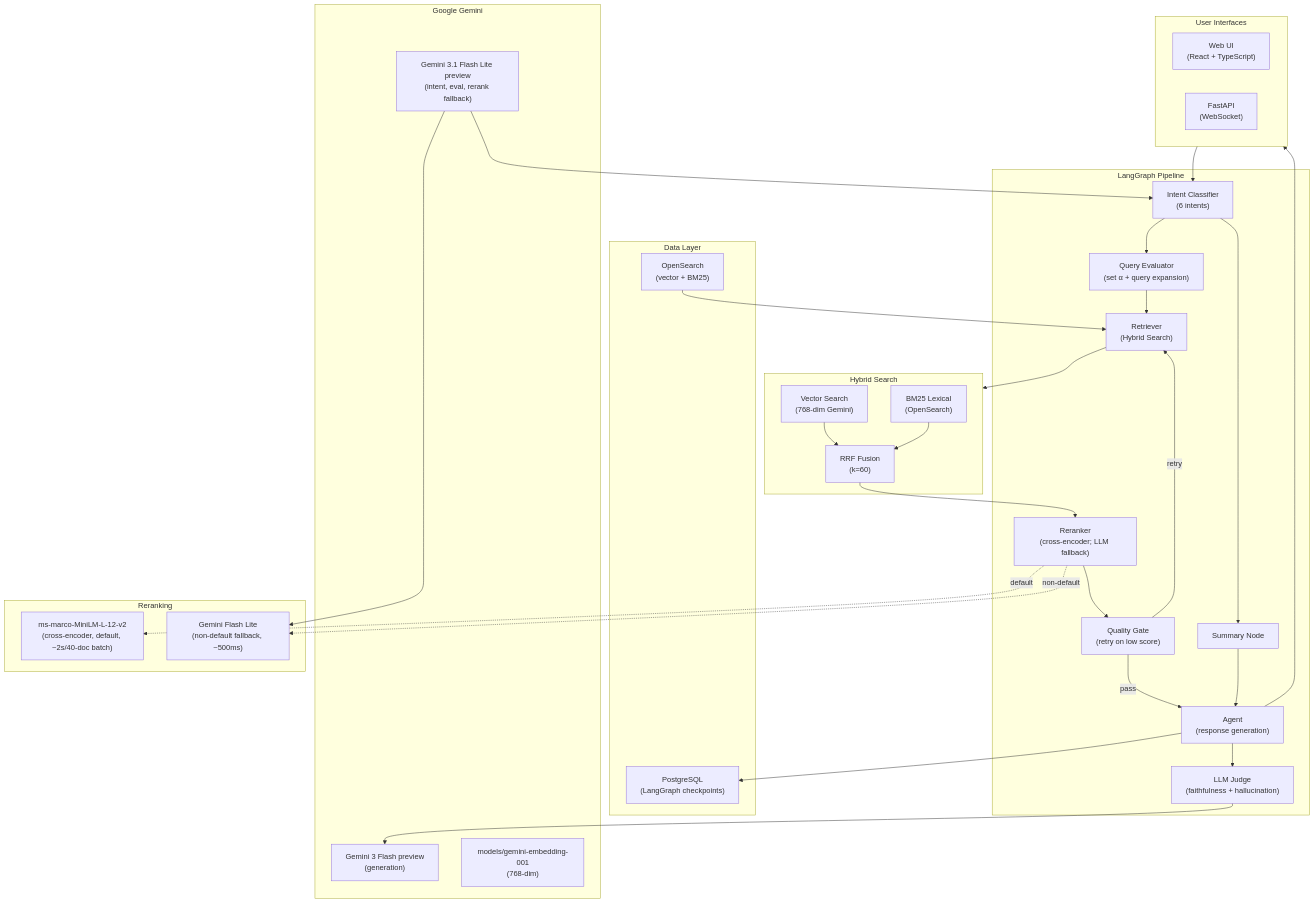
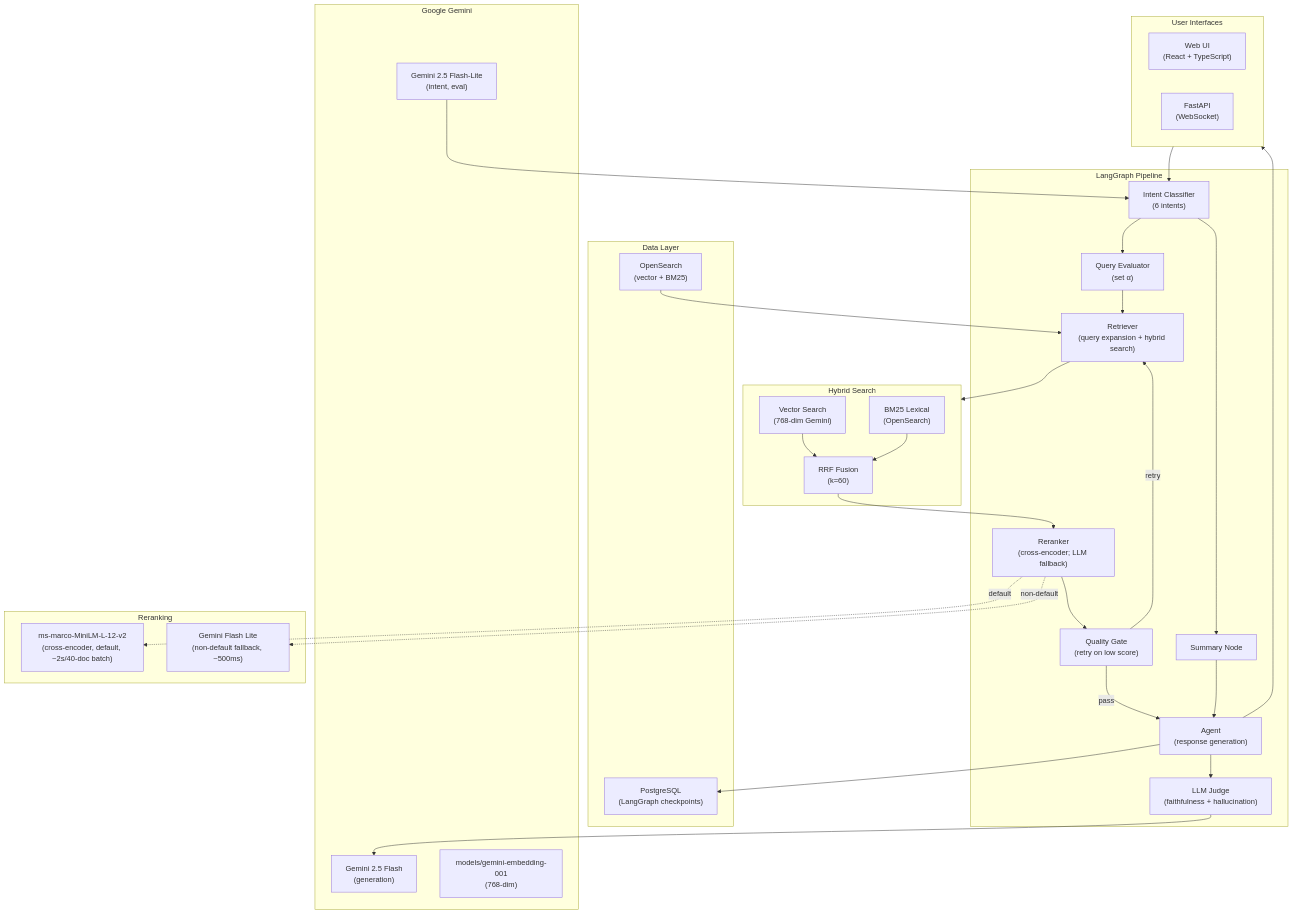
The diagram in README.md (kmwtechnology/opensearch2026-agentic-search), drawn with Mermaid before and after one commit. The commit also changed other lines of this file and 2 other files, not shown here.

````diff
--- a/README.md
+++ b/README.md
@@ -110,62 +112,61 @@
 ```mermaid
 flowchart TB
     subgraph UI["User Interfaces"]
         WEB["Web UI<br/>(React + TypeScript)"]
         API["FastAPI<br/>(WebSocket)"]
     end
 
     subgraph Pipeline["LangGraph Pipeline"]
         IC["Intent Classifier<br/>(6 intents)"]
-        QE["Query Evaluator<br/>(set α + query expansion)"]
-        RET["Retriever<br/>(Hybrid Search)"]
+        QE["Query Evaluator<br/>(set α)"]
+        RET["Retriever<br/>(query expansion + hybrid search)"]
         RERANK["Reranker<br/>(cross-encoder; LLM fallback)"]
         QG["Quality Gate<br/>(retry on low score)"]
         SUM["Summary Node"]
         AGENT["Agent<br/>(response generation)"]
         JUDGE["LLM Judge<br/>(faithfulness + hallucination)"]
     end
 
     subgraph Search["Hybrid Search"]
         VS["Vector Search<br/>(768-dim Gemini)"]
         BM25["BM25 Lexical<br/>(OpenSearch)"]
         RRF["RRF Fusion<br/>(k=60)"]
     end
 
     subgraph Storage["Data Layer"]
         IDX["OpenSearch<br/>(vector + BM25)"]
         CHK["PostgreSQL<br/>(LangGraph checkpoints)"]
     end
 
     subgraph GoogleAI["Google Gemini"]
-        LLM["Gemini 3 Flash preview<br/>(generation)"]
-        CLASSIFIER["Gemini 3.1 Flash Lite preview<br/>(intent, eval, rerank fallback)"]
+        LLM["Gemini 2.5 Flash<br/>(generation)"]
+        CLASSIFIER["Gemini 2.5 Flash-Lite<br/>(intent, eval)"]
         EMB["models/gemini-embedding-001<br/>(768-dim)"]
     end
 
     subgraph Reranking["Reranking"]
         CE["ms-marco-MiniLM-L-12-v2<br/>(cross-encoder, default, ~2s/40-doc batch)"]
         LLMR["Gemini Flash Lite<br/>(non-default fallback, ~500ms)"]
     end
 
     UI --> IC
     IC --> QE
     IC --> SUM
     QE --> RET
     RET --> Search
     VS --> RRF
     BM25 --> RRF
     RRF --> RERANK
     RERANK -.->|default| CE
     RERANK -.->|non-default| LLMR
     RERANK --> QG
     QG -->|retry| RET
     QG -->|pass| AGENT
     SUM --> AGENT
     AGENT --> JUDGE
     JUDGE --> LLM
     AGENT --> UI
     AGENT --> CHK
     IDX --> RET
     CLASSIFIER --> IC
-    CLASSIFIER --> LLMR
 ```
````
